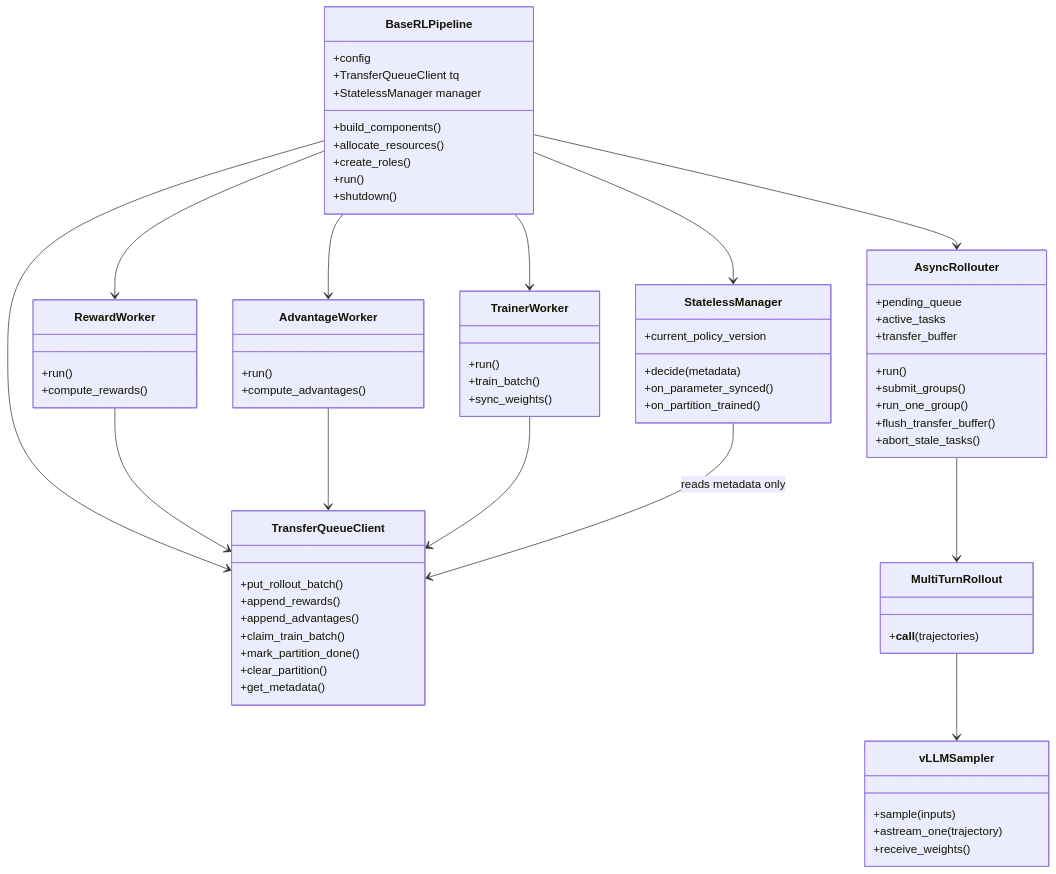
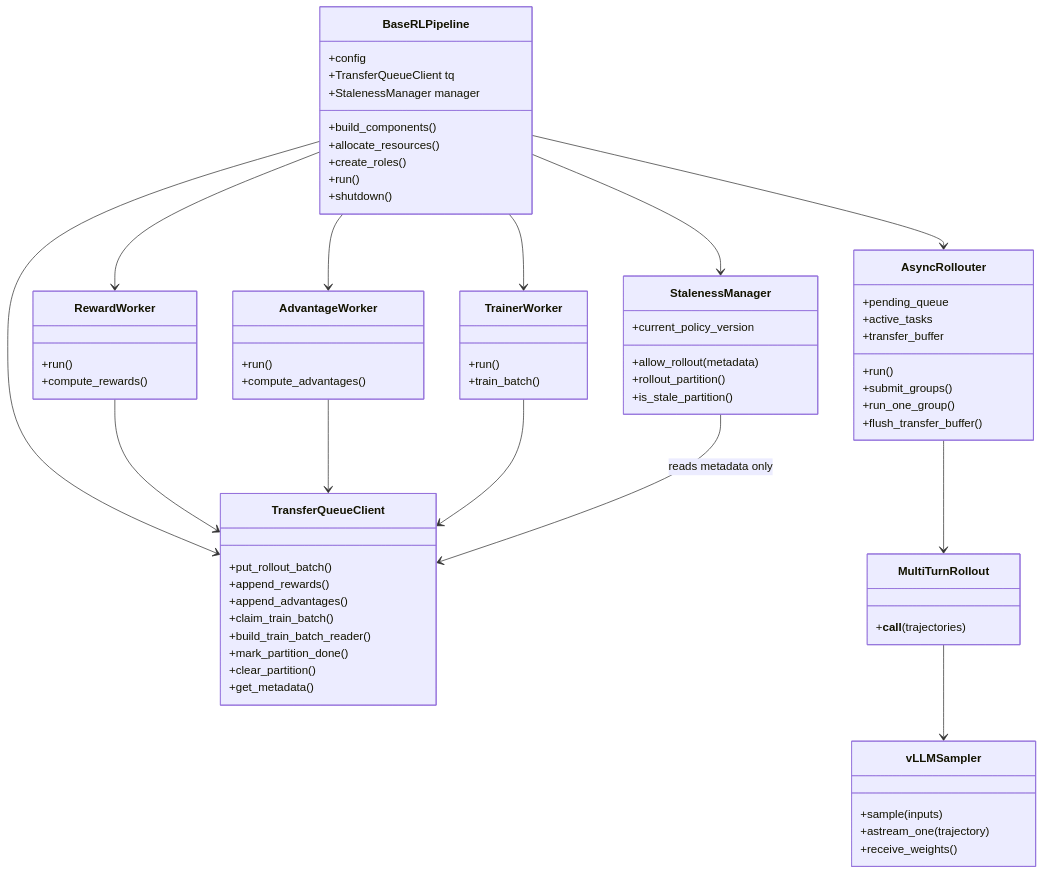
The fourth of 6 diagrams in docs/source_zh/组件/Gym/Async-Agentic-RL-Spec-v2.md (meichangsu1/twinkle), drawn with Mermaid before and after one commit. The commit also changed other lines of this file and 2 other files, not shown here.

````diff
--- a/docs/source_zh/组件/Gym/Async-Agentic-RL-Spec-v2.md
+++ b/docs/source_zh/组件/Gym/Async-Agentic-RL-Spec-v2.md
@@ -283,80 +211,79 @@
 ```mermaid
 classDiagram
     class BaseRLPipeline {
         +config
         +TransferQueueClient tq
-        +StatelessManager manager
+        +StalenessManager manager
         +build_components()
         +allocate_resources()
         +create_roles()
         +run()
         +shutdown()
     }
 
     class AsyncRollouter {
         +pending_queue
         +active_tasks
         +transfer_buffer
         +run()
         +submit_groups()
         +run_one_group()
         +flush_transfer_buffer()
-        +abort_stale_tasks()
     }
 
-    class StatelessManager {
+    class StalenessManager {
         +current_policy_version
-        +decide(metadata)
-        +on_parameter_synced()
-        +on_partition_trained()
+        +allow_rollout(metadata)
+        +rollout_partition()
+        +is_stale_partition()
     }
 
     class TransferQueueClient {
         +put_rollout_batch()
         +append_rewards()
         +append_advantages()
         +claim_train_batch()
+        +build_train_batch_reader()
         +mark_partition_done()
         +clear_partition()
         +get_metadata()
     }
 
     class RewardWorker {
         +run()
         +compute_rewards()
     }
 
     class AdvantageWorker {
         +run()
         +compute_advantages()
     }
 
     class TrainerWorker {
         +run()
         +train_batch()
-        +sync_weights()
     }
 
     class MultiTurnRollout {
         +__call__(trajectories)
     }
 
     class vLLMSampler {
         +sample(inputs)
         +astream_one(trajectory)
         +receive_weights()
     }
 
     BaseRLPipeline --> AsyncRollouter
     BaseRLPipeline --> RewardWorker
     BaseRLPipeline --> AdvantageWorker
     BaseRLPipeline --> TrainerWorker
-    BaseRLPipeline --> StatelessManager
+    BaseRLPipeline --> StalenessManager
     BaseRLPipeline --> TransferQueueClient
     AsyncRollouter --> MultiTurnRollout
     MultiTurnRollout --> vLLMSampler
     RewardWorker --> TransferQueueClient
     AdvantageWorker --> TransferQueueClient
     TrainerWorker --> TransferQueueClient
-    StatelessManager --> TransferQueueClient : reads metadata only
+    StalenessManager --> TransferQueueClient : reads metadata only
 ```
````
